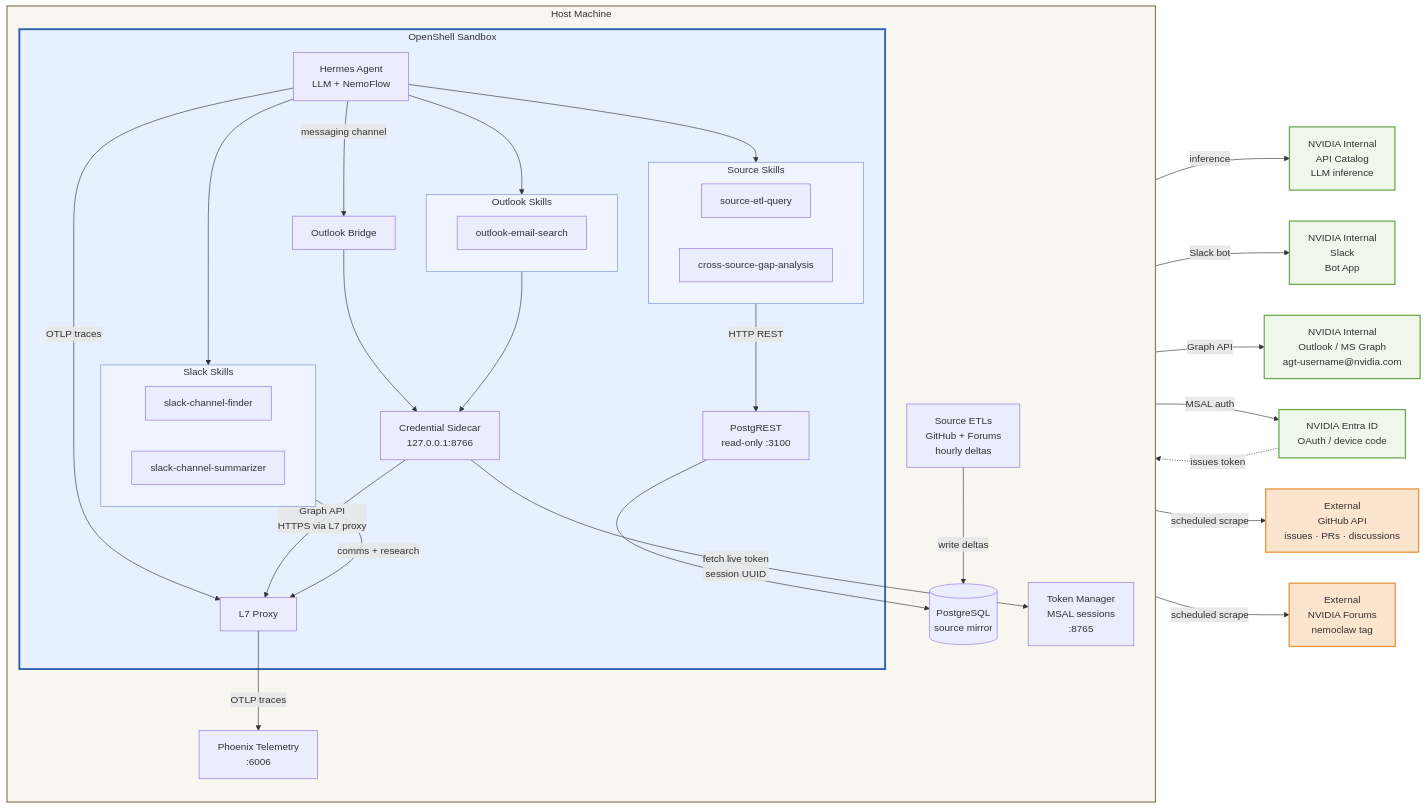
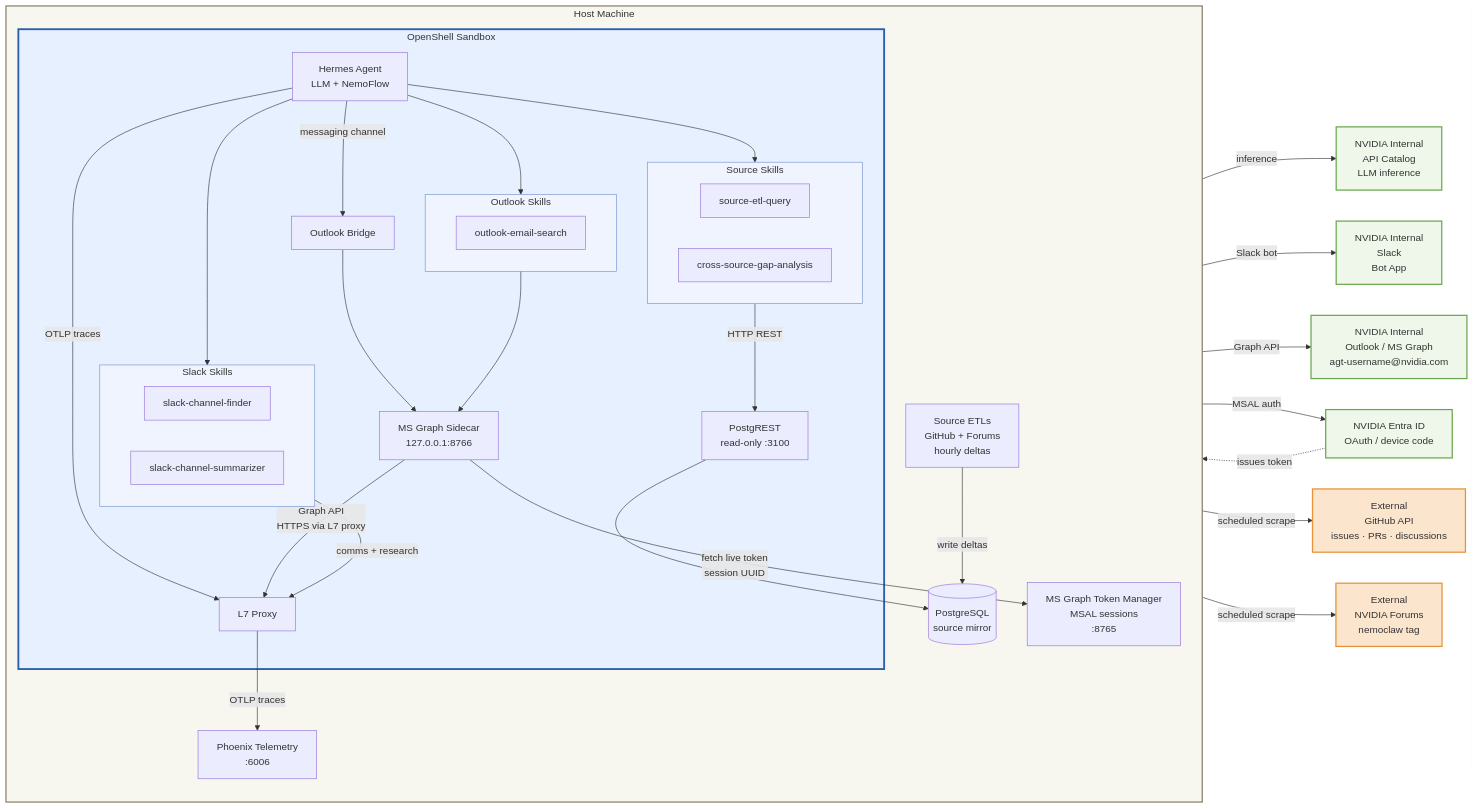
Before and after one commit to mpenn/NemoClaw: the diagram in NVIDIA-SETUP.md, drawn with Mermaid.

Commit message:
Update NVIDIA setup documentation to rename 'Credential Sidecar' to 'MS Graph Sidecar' and 'Token Manager' to 'MS Graph Token Manager' for consistency with recent changes in service naming.

````diff
--- a/NVIDIA-SETUP.md
+++ b/NVIDIA-SETUP.md
@@ -27,79 +27,79 @@
 ```mermaid
 flowchart LR
       subgraph host["Host Machine"]
           direction TB
 
           subgraph sandbox["OpenShell Sandbox"]
               agent["Hermes Agent\nLLM + NemoFlow"]
               outlookBridge["Outlook Bridge"]
-              credSidecar["Credential Sidecar\n127.0.0.1:8766"]
+              credSidecar["MS Graph Sidecar\n127.0.0.1:8766"]
 
               subgraph sourceSkills["Source Skills"]
                   direction LR
                   s1["source-etl-query"]
                   s4["cross-source-gap-analysis"]
               end
 
               subgraph slackSkills["Slack Skills"]
                   direction LR
                   k1["slack-channel-finder"]
                   k2["slack-channel-summarizer"]
               end
 
               subgraph outlookSkills["Outlook Skills"]
                   direction LR
                   o1["outlook-email-search"]
               end
 
               agent --> sourceSkills
               agent --> slackSkills
               agent -->|"messaging channel"| outlookBridge
               agent --> outlookSkills
               agent -->|"OTLP traces"| proxy
               sourceSkills -->|"HTTP REST"| postgrest
               slackSkills -->|"comms + research"| proxy
               outlookSkills --> credSidecar
               outlookBridge --> credSidecar
           end
 
           proxy["L7 Proxy"]
           phoenix["Phoenix Telemetry\n:6006"]
           postgrest["PostgREST\nread-only :3100"]
           postgres[("PostgreSQL\nsource mirror")]
           etls["Source ETLs\nGitHub + Forums\nhourly deltas"]
-          tokenManager["Token Manager\nMSAL sessions\n:8765"]
+          tokenManager["MS Graph Token Manager\nMSAL sessions\n:8765"]
 
           proxy -->|"OTLP traces"| phoenix
           postgrest --> postgres
           etls -->|"write deltas"| postgres
           credSidecar -->|"fetch live token\nsession UUID"| tokenManager
           credSidecar -->|"Graph API\nHTTPS via L7 proxy"| proxy
       end
 
       nvidia["NVIDIA Internal\nAPI Catalog\nLLM inference"]
       slack["NVIDIA Internal\nSlack\nBot App"]
       outlook["NVIDIA Internal\nOutlook / MS Graph\nagt-username@nvidia.com"]
       entra["NVIDIA Entra ID\nOAuth / device code"]
       github["External\nGitHub API\nissues · PRs · discussions"]
       forums["External\nNVIDIA Forums\nnemoclaw tag"]
 
       agent -->|"inference"| nvidia
       proxy -->|"Slack bot"| slack
       proxy -->|"Graph API"| outlook
       tokenManager -->|"MSAL auth"| entra
       entra -.->|"issues token"| tokenManager
       etls -->|"scheduled scrape"| github
       etls -->|"scheduled scrape"| forums
 
       style host fill:#f7f6ef,stroke:#8a8068,stroke-width:2px
       style sandbox fill:#e7f0ff,stroke:#2b5fab,stroke-width:3px
       style sourceSkills fill:#f0f4ff,stroke:#7090cc,stroke-width:1px
       style slackSkills fill:#f0f4ff,stroke:#7090cc,stroke-width:1px
       style outlookSkills fill:#f0f4ff,stroke:#7090cc,stroke-width:1px
 
       classDef internal fill:#eef7e9,stroke:#6aa84f,stroke-width:2px
       classDef external fill:#fce5cd,stroke:#e69138,stroke-width:2px
 
       class nvidia,slack,outlook,entra internal
       class github,forums external
 ```
````
